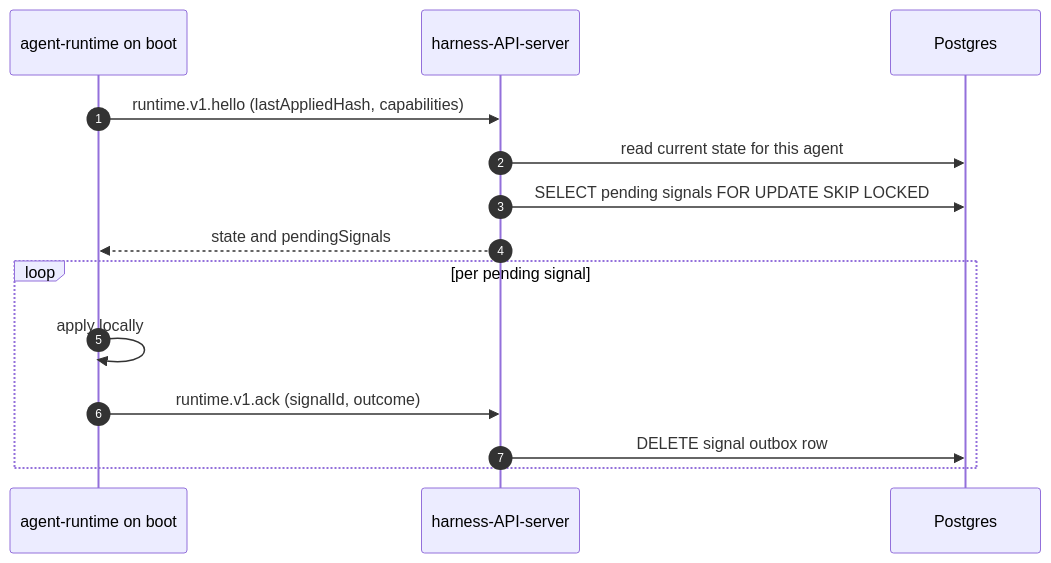
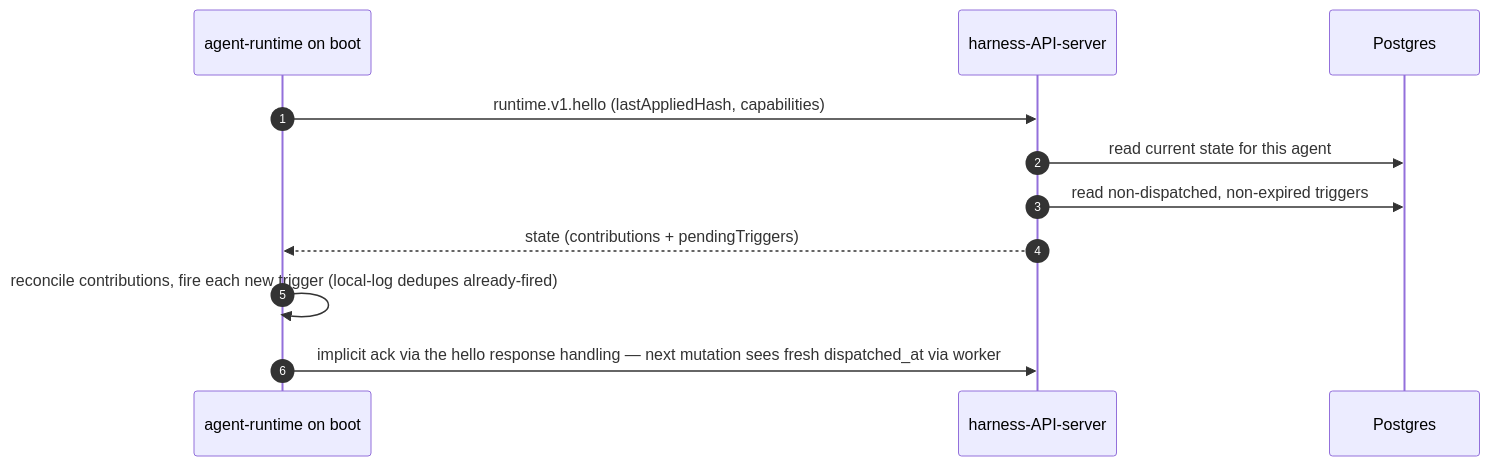
The fourth of 6 diagrams in docs/architecture/connections.md (dam-agents/dam), drawn with Mermaid before and after one commit. The commit also changed other lines of this file and 4 other files, not shown here.

````diff
--- a/docs/architecture/connections.md
+++ b/docs/architecture/connections.md
@@ -274,17 +284,14 @@
 ```mermaid
 sequenceDiagram
   autonumber
   participant RT as agent-runtime on boot
   participant HS as harness-API-server
   participant PG as Postgres
 
   RT->>HS: runtime.v1.hello (lastAppliedHash, capabilities)
   HS->>PG: read current state for this agent
-  HS->>PG: SELECT pending signals FOR UPDATE SKIP LOCKED
-  HS-->>RT: state and pendingSignals
-  loop per pending signal
-    RT->>RT: apply locally
-    RT->>HS: runtime.v1.ack (signalId, outcome)
-    HS->>PG: DELETE signal outbox row
-  end
+  HS->>PG: read non-dispatched, non-expired triggers
+  HS-->>RT: state (contributions + pendingTriggers)
+  RT->>RT: reconcile contributions, fire each new trigger (local-log dedupes already-fired)
+  RT->>HS: implicit ack via the hello response handling — next mutation sees fresh dispatched_at via worker
 ```
````
